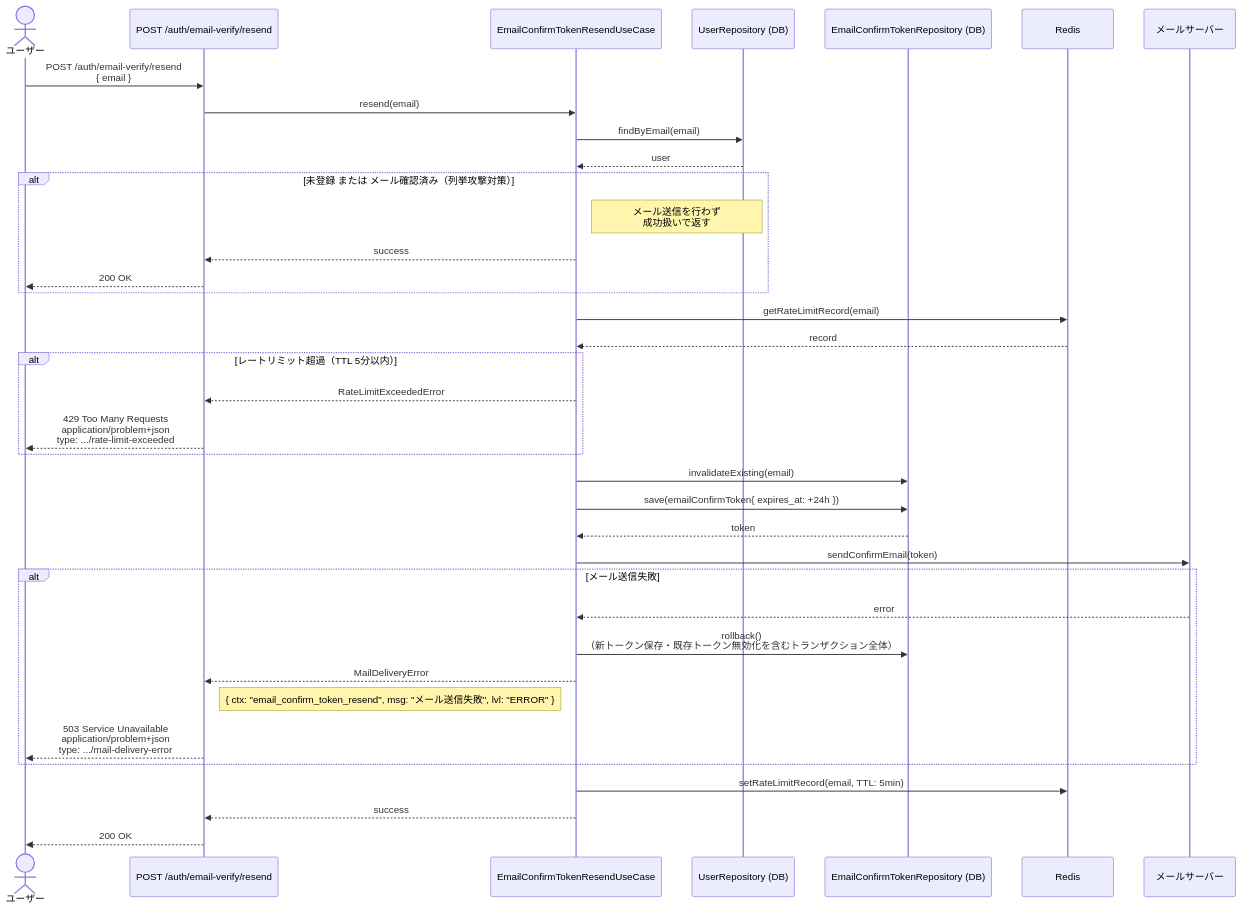
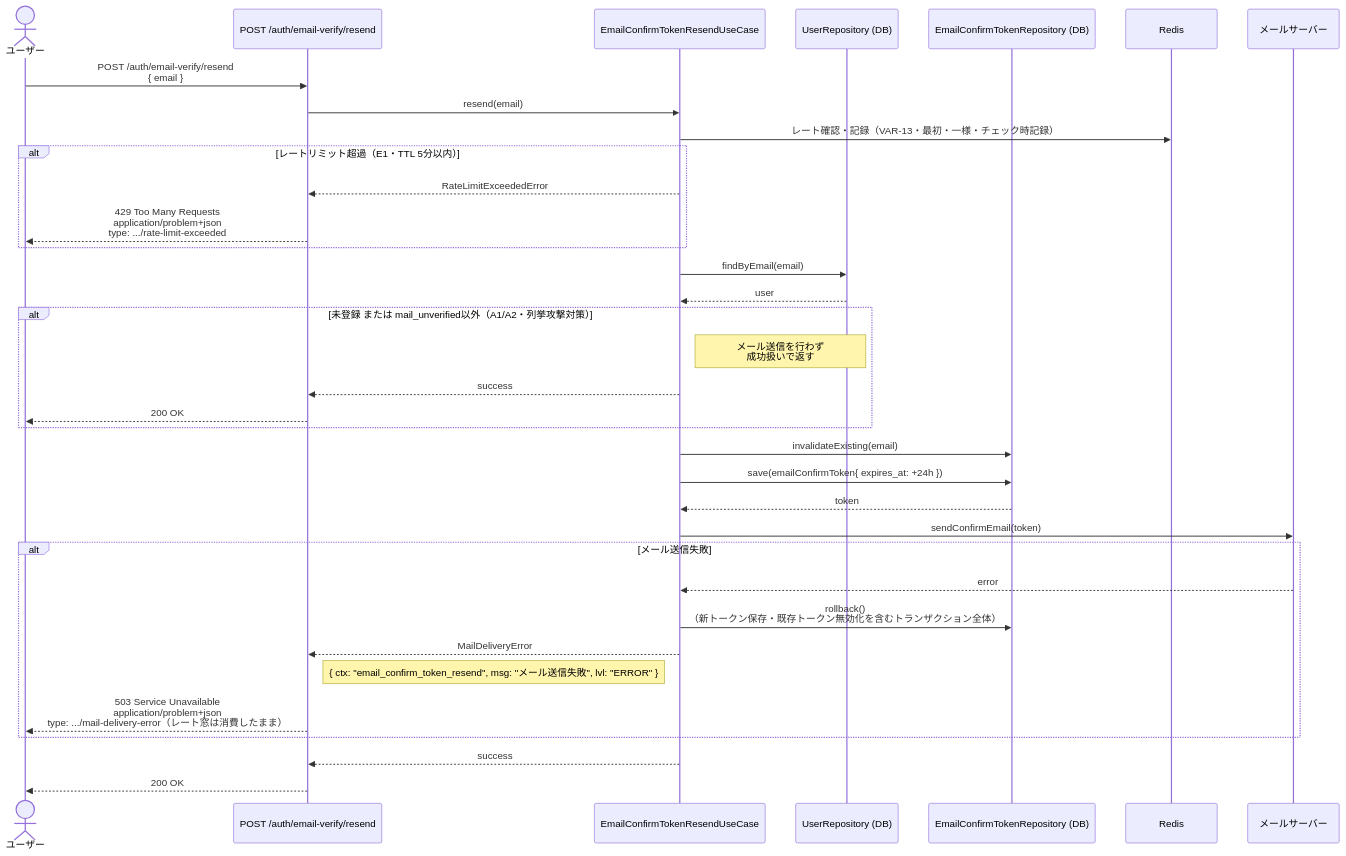
The second of 2 diagrams in .docs/design/buc/BUC-U03.md (suunet/POC_HYDRA_AUTH), drawn with Mermaid before and after one commit. The commit also changed other lines of this file and 5 other files, not shown here.

````diff
--- a/.docs/design/buc/BUC-U03.md
+++ b/.docs/design/buc/BUC-U03.md
@@ -113,39 +111,37 @@
 ```mermaid
 sequenceDiagram
   actor ユーザー as ユーザー
   participant 再送信API as POST /auth/email-verify/resend
   participant ユースケース as EmailConfirmTokenResendUseCase
   participant ユーザーRepo as UserRepository (DB)
   participant 確認トークンRepo as EmailConfirmTokenRepository (DB)
   participant Redis as Redis
   participant メールサーバー as メールサーバー
   ユーザー->>再送信API: POST /auth/email-verify/resend<br/>{ email }
   再送信API->>ユースケース: resend(email)
+  ユースケース->>Redis: レート確認・記録（VAR-13・最初・一様・チェック時記録）
+  alt レートリミット超過（E1・TTL 5分以内）
+  ユースケース-->>再送信API: RateLimitExceededError
+  再送信API-->>ユーザー: 429 Too Many Requests<br/>application/problem+json<br/>type: .../rate-limit-exceeded
+  end
   ユースケース->>ユーザーRepo: findByEmail(email)
   ユーザーRepo-->>ユースケース: user
-  alt 未登録 または メール確認済み（列挙攻撃対策）
+  alt 未登録 または mail_unverified以外（A1/A2・列挙攻撃対策）
   Note right of ユースケース: メール送信を行わず<br/>成功扱いで返す
   ユースケース-->>再送信API: success
   再送信API-->>ユーザー: 200 OK
-  end
-  ユースケース->>Redis: getRateLimitRecord(email)
-  Redis-->>ユースケース: record
-  alt レートリミット超過（TTL 5分以内）
-  ユースケース-->>再送信API: RateLimitExceededError
-  再送信API-->>ユーザー: 429 Too Many Requests<br/>application/problem+json<br/>type: .../rate-limit-exceeded
   end
   ユースケース->>確認トークンRepo: invalidateExisting(email)
   ユースケース->>確認トークンRepo: save(emailConfirmToken{ expires_at: +24h })
   確認トークンRepo-->>ユースケース: token
   ユースケース->>メールサーバー: sendConfirmEmail(token)
   alt メール送信失敗
   メールサーバー-->>ユースケース: error
   ユースケース->>確認トークンRepo: rollback()<br/>（新トークン保存・既存トークン無効化を含むトランザクション全体）
   ユースケース-->>再送信API: MailDeliveryError
   Note right of 再送信API: { ctx: "email_confirm_token_resend", msg: "メール送信失敗", lvl: "ERROR" }
-  再送信API-->>ユーザー: 503 Service Unavailable<br/>application/problem+json<br/>type: .../mail-delivery-error
+  再送信API-->>ユーザー: 503 Service Unavailable<br/>application/problem+json<br/>type: .../mail-delivery-error（レート窓は消費したまま）
   end
-  ユースケース->>Redis: setRateLimitRecord(email, TTL: 5min)
   ユースケース-->>再送信API: success
   再送信API-->>ユーザー: 200 OK
 ```
````
